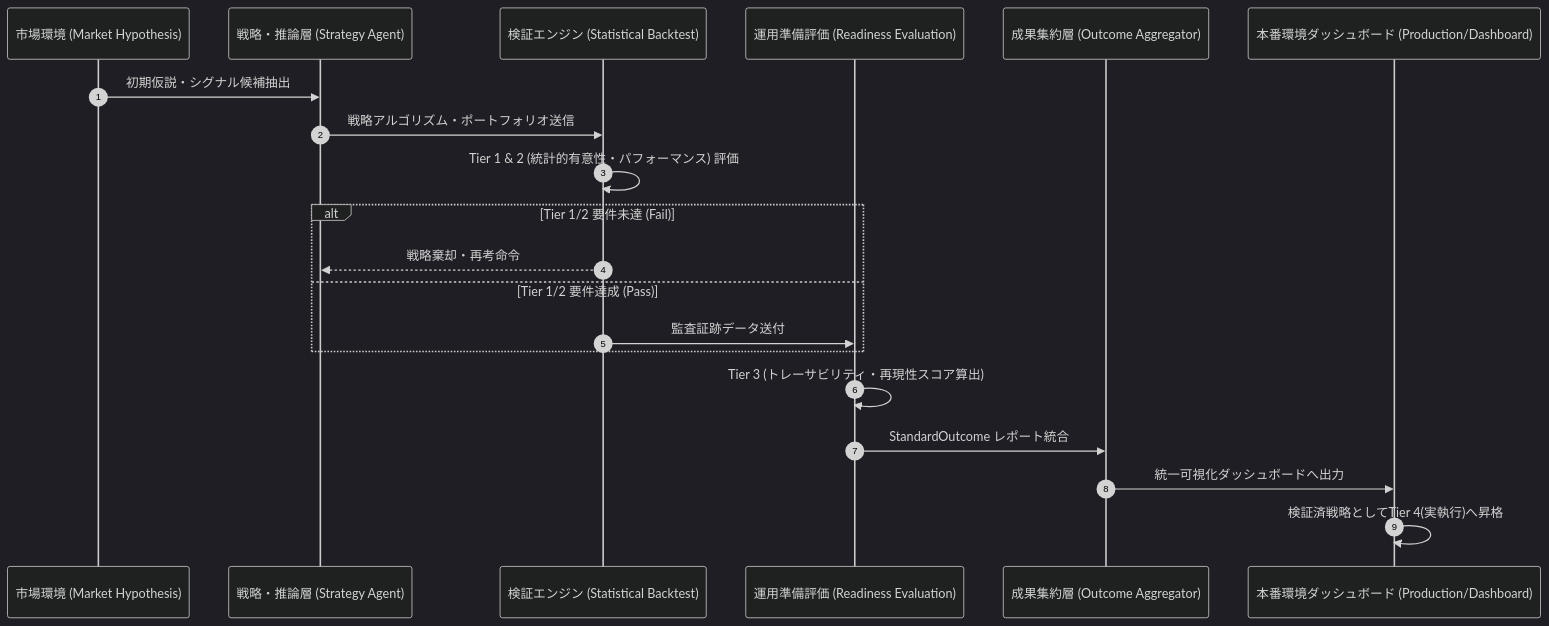
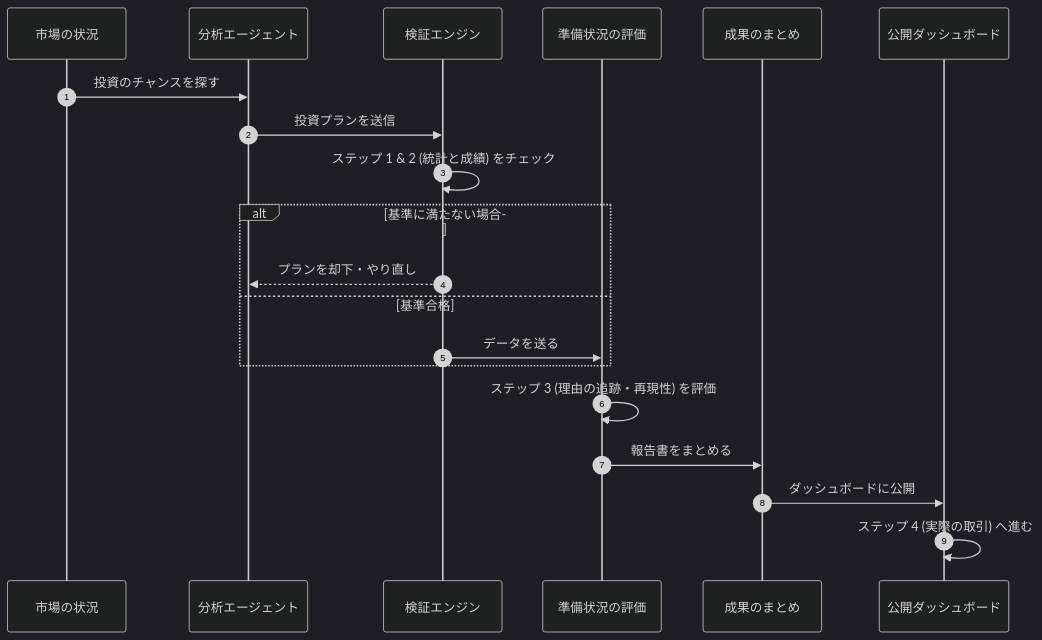
The diagram in docs/arxiv/foundation.md (KAFKA2306/investor), drawn with Mermaid (dark theme) before and after one commit. The commit also changed other lines of this file and 19 other files, not shown here.

````diff
--- a/docs/arxiv/foundation.md
+++ b/docs/arxiv/foundation.md
@@ -29,23 +34,23 @@
 ```mermaid
 sequenceDiagram
     autonumber
-    participant Market as 市場環境 (Market Hypothesis)
-    participant Strategy as 戦略・推論層 (Strategy Agent)
-    participant Backtest as 検証エンジン (Statistical Backtest)
-    participant Readiness as 運用準備評価 (Readiness Evaluation)
-    participant Aggregator as 成果集約層 (Outcome Aggregator)
-    participant Deploy as 本番環境ダッシュボード (Production/Dashboard)
+    participant Market as 市場の状況
+    participant Strategy as 分析エージェント
+    participant Backtest as 検証エンジン
+    participant Readiness as 準備状況の評価
+    participant Aggregator as 成果のまとめ
+    participant Deploy as 公開ダッシュボード
 
-    Market->>Strategy: 初期仮説・シグナル候補抽出
-    Strategy->>Backtest: 戦略アルゴリズム・ポートフォリオ送信
-    Backtest->>Backtest: Tier 1 & 2 (統計的有意性・パフォーマンス) 評価
-    alt Tier 1/2 要件未達 (Fail)
-        Backtest-->>Strategy: 戦略棄却・再考命令
-    else Tier 1/2 要件達成 (Pass)
-        Backtest->>Readiness: 監査証跡データ送付
+    Market->>Strategy: 投資のチャンスを探す
+    Strategy->>Backtest: 投資プランを送信
+    Backtest->>Backtest: ステップ 1 & 2 (統計と成績) をチェック
+    alt 基準に満たない場合
+        Backtest-->>Strategy: プランを却下・やり直し
+    else 基準合格
+        Backtest->>Readiness: データを送る
     end
-    Readiness->>Readiness: Tier 3 (トレーサビリティ・再現性スコア算出)
-    Readiness->>Aggregator: StandardOutcome レポート統合
-    Aggregator->>Deploy: 統一可視化ダッシュボードへ出力
-    Deploy->>Deploy: 検証済戦略としてTier 4(実執行)へ昇格
+    Readiness->>Readiness: ステップ 3 (理由の追跡・再現性) を評価
+    Readiness->>Aggregator: 報告書をまとめる
+    Aggregator->>Deploy: ダッシュボードに公開
+    Deploy->>Deploy: ステップ 4 (実際の取引) へ進む
 ```
````
